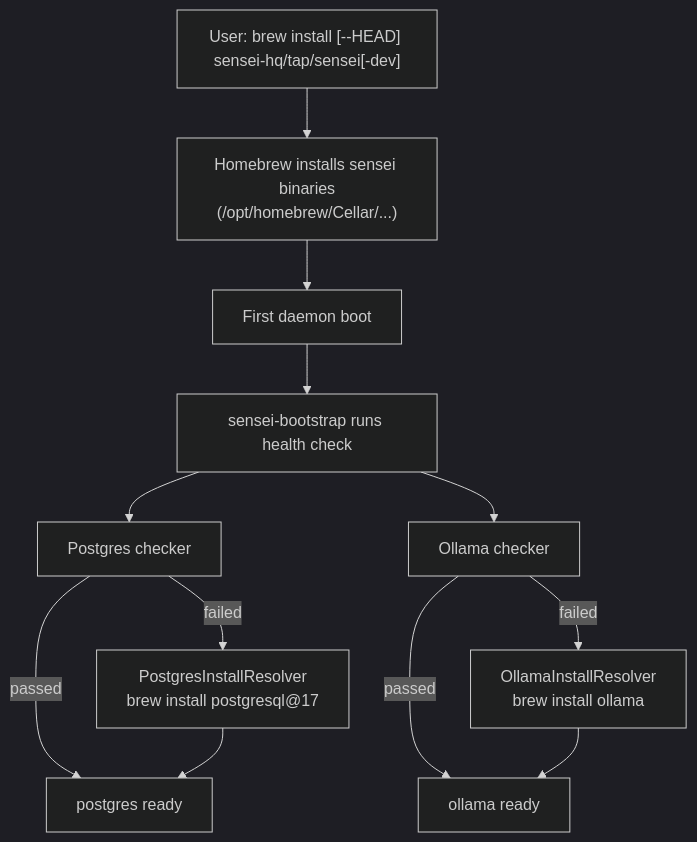
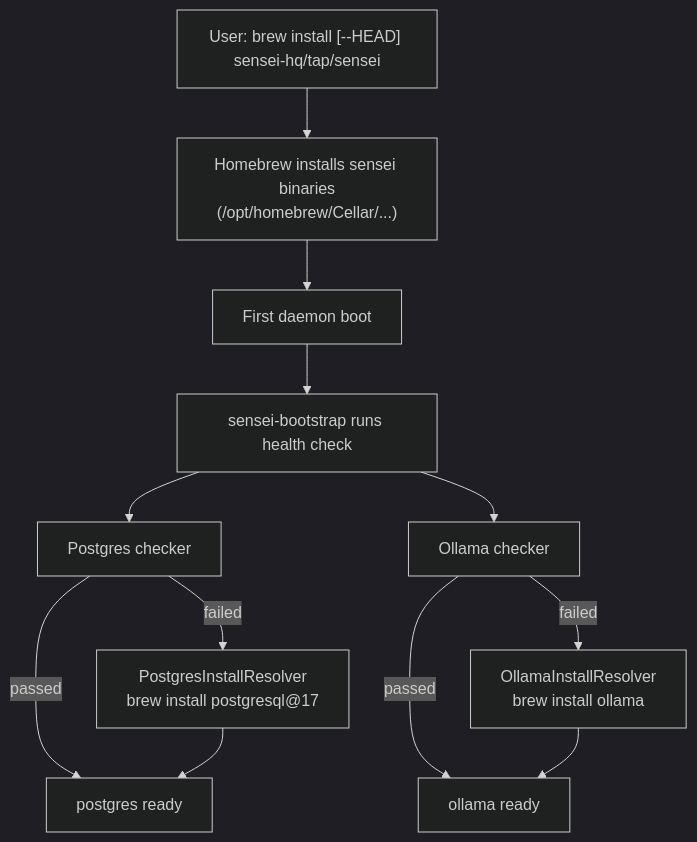
Before and after one commit to sensei-hq/sensei: the diagram in docs/design/09-homebrew.md, drawn with Mermaid (dark theme). The commit also changed other lines of this file and 5 other files, not shown here.

````diff
--- a/docs/design/09-homebrew.md
+++ b/docs/design/09-homebrew.md
@@ -57,14 +58,14 @@
 ```mermaid
 flowchart TD
-    user["User: brew install [--HEAD] sensei-hq/tap/sensei[-dev]"] --> brew["Homebrew installs sensei binaries<br/>(/opt/homebrew/Cellar/...)"]
+    user["User: brew install [--HEAD] sensei-hq/tap/sensei"] --> brew["Homebrew installs sensei binaries<br/>(/opt/homebrew/Cellar/...)"]
     brew --> first["First daemon boot"]
     first --> health["sensei-bootstrap runs health check"]
     health --> chk_pg["Postgres checker"]
     health --> chk_oll["Ollama checker"]
     chk_pg -- failed --> res_pg["PostgresInstallResolver<br/>brew install postgresql@17"]
     chk_oll -- failed --> res_oll["OllamaInstallResolver<br/>brew install ollama"]
     chk_pg -- passed --> ok_pg["postgres ready"]
     chk_oll -- passed --> ok_oll["ollama ready"]
     res_pg --> ok_pg
     res_oll --> ok_oll
 ```
````
